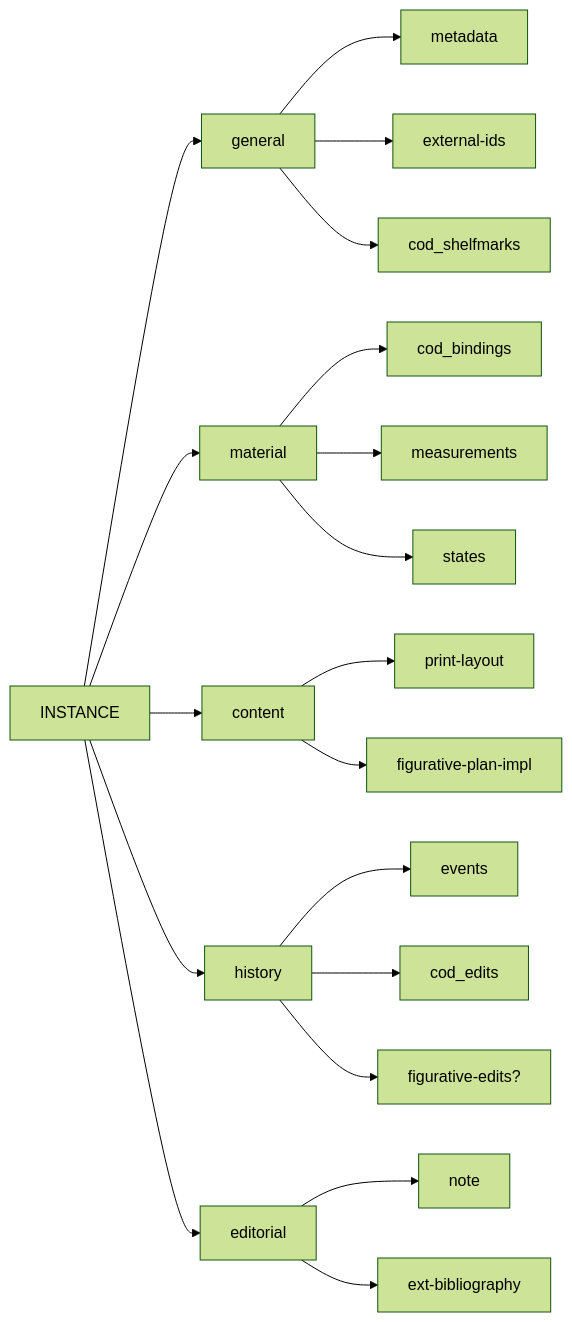
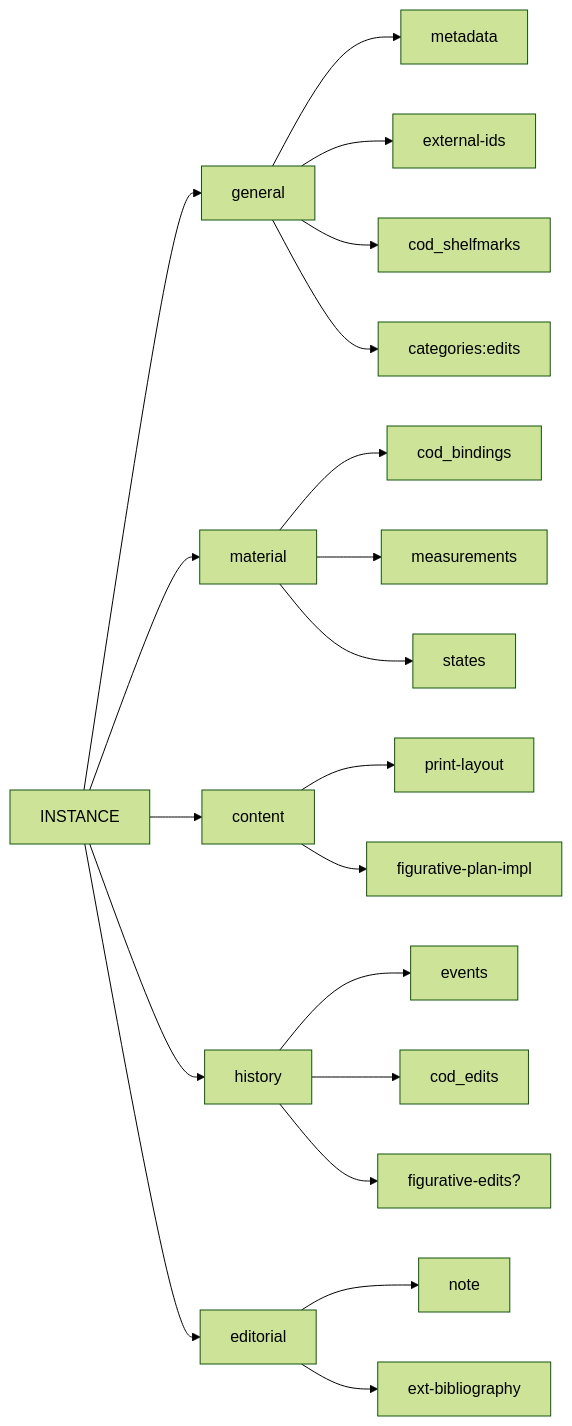
Before and after one commit to vedph/cadmus-ndp-books: the second of 2 diagrams in README.md, drawn with Mermaid (forest theme). The commit also changed other lines of this file, not shown here.

````diff
--- a/README.md
+++ b/README.md
@@ -37,22 +39,23 @@
 ```mermaid
 graph LR;
 
 INSTANCE --> general
 general --> metadata
 general --> external-ids
 general --> cod_shelfmarks
 INSTANCE --> material
 material --> cod_bindings
 material --> measurements
 material --> states
+general --> categories:edits
 INSTANCE --> content
 content --> print-layout
 content --> figurative-plan-impl
 INSTANCE --> history
 history --> events
 history --> cod_edits
 history --> figurative-edits?
 INSTANCE --> editorial
 editorial --> note
 editorial --> ext-bibliography
 ```
````
